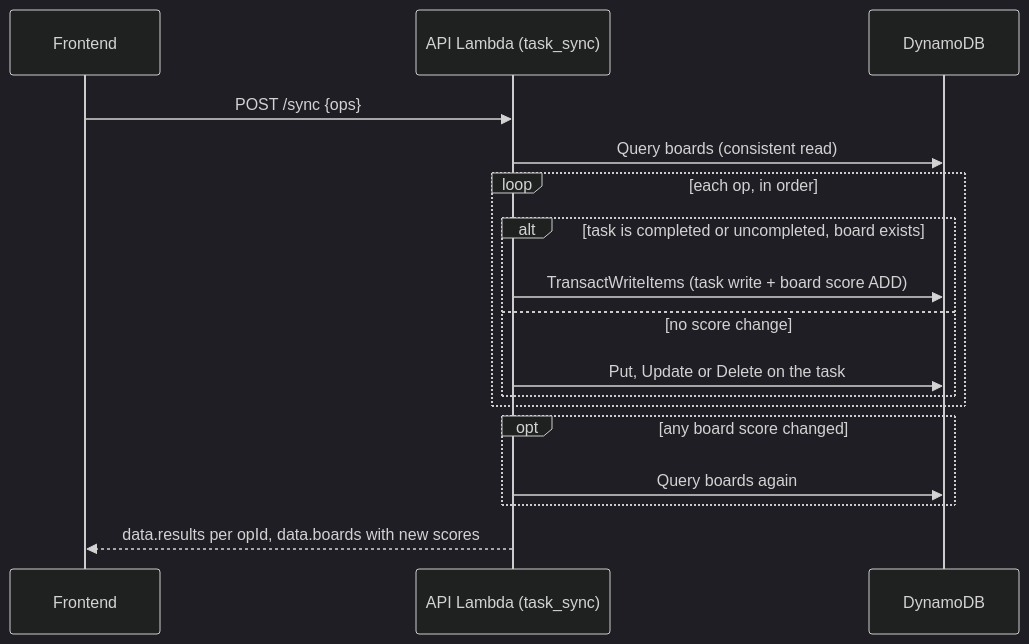
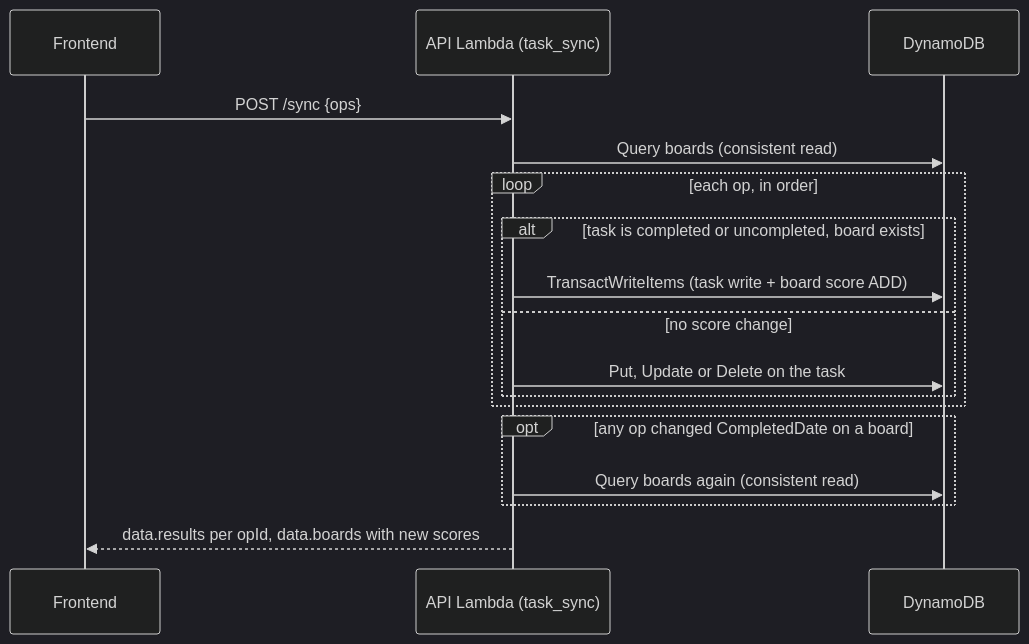
One commit to TomBenjaminMorris/listpal-backend changed the third of 8 diagrams in ARCHITECTURE.md. Above: the diagram before and after it, drawn with Mermaid (dark theme). The commit also changed other lines of this file and 3 other files, not shown here.

First line of the commit message:
Read boards consistently and report scores for resent ticks

````diff
--- a/ARCHITECTURE.md
+++ b/ARCHITECTURE.md
@@ -166,20 +166,20 @@
 ```mermaid
 sequenceDiagram
     participant F as Frontend
     participant A as API Lambda (task_sync)
     participant D as DynamoDB
 
     F->>A: POST /sync {ops}
     A->>D: Query boards (consistent read)
     loop each op, in order
         alt task is completed or uncompleted, board exists
             A->>D: TransactWriteItems (task write + board score ADD)
         else no score change
             A->>D: Put, Update or Delete on the task
         end
     end
-    opt any board score changed
-        A->>D: Query boards again
+    opt any op changed CompletedDate on a board
+        A->>D: Query boards again (consistent read)
     end
     A-->>F: data.results per opId, data.boards with new scores
 ```
````
